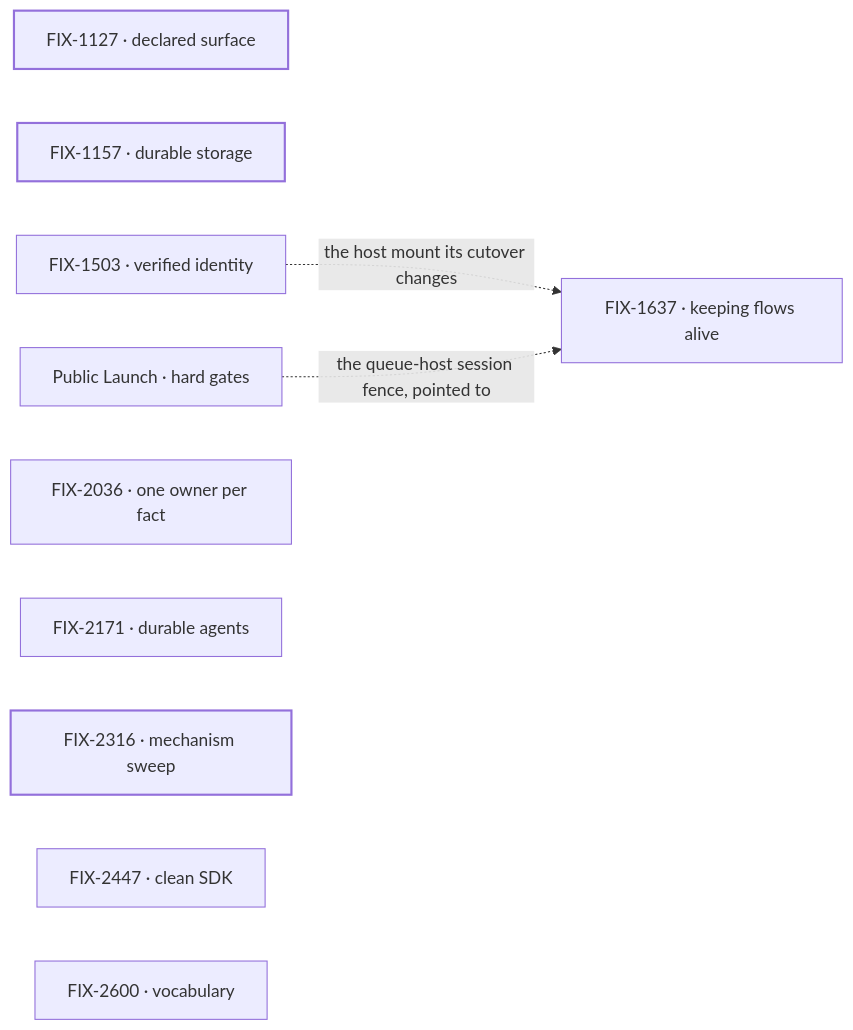
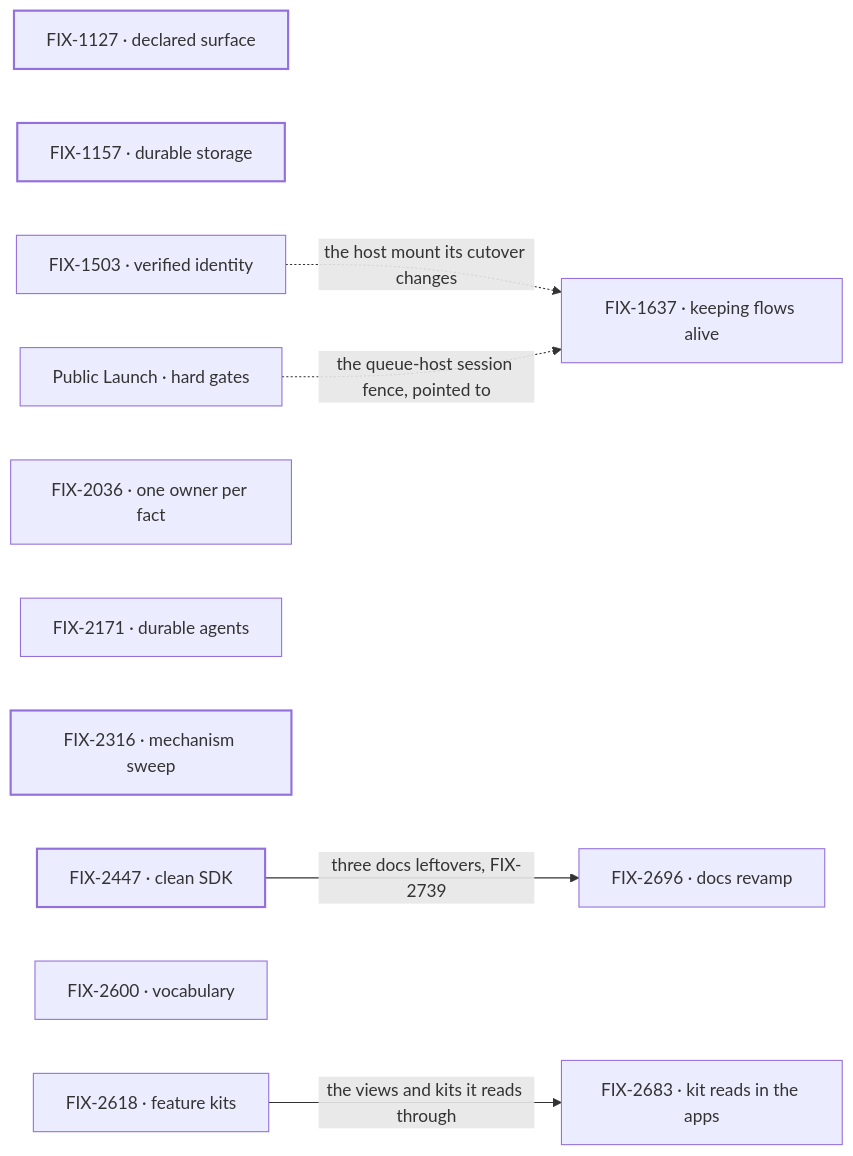
Before and after one commit to fixpoint-labs/flow-state-dev: the diagram in spec/_projects/framework-simplification-and-cleanup/SPEC.md, drawn with Mermaid. The commit also changed other lines of this file, not shown here.

First line of the commit message:
spec(project/framework-simplification-and-cleanup): FIX-2447 clean SDK wraps

````diff
--- a/spec/_projects/framework-simplification-and-cleanup/SPEC.md
+++ b/spec/_projects/framework-simplification-and-cleanup/SPEC.md
@@ -48,15 +53,16 @@
 ```mermaid
 flowchart LR
   A["FIX-1127 · declared surface"]
   B["FIX-1157 · durable storage"]
   C["FIX-1503 · verified identity"] -.->|"the host mount its cutover changes"| D["FIX-1637 · keeping flows alive"]
   E["Public Launch · hard gates"] -.->|"the queue-host session fence, pointed to"| D
   F["FIX-2036 · one owner per fact"]
   G["FIX-2171 · durable agents"]
   H["FIX-2316 · mechanism sweep"]
-  I["FIX-2447 · clean SDK"]
+  I["FIX-2447 · clean SDK"] -->|"three docs leftovers, FIX-2739"| M["FIX-2696 · docs revamp"]
   J["FIX-2600 · vocabulary"]
+  K["FIX-2618 · feature kits"] -->|"the views and kits it reads through"| L["FIX-2683 · kit reads in the apps"]
   classDef done stroke-width:2px
   classDef proposed stroke-dasharray:4 3
-  class A,B,H done
+  class A,B,H,I done
 ```
````
